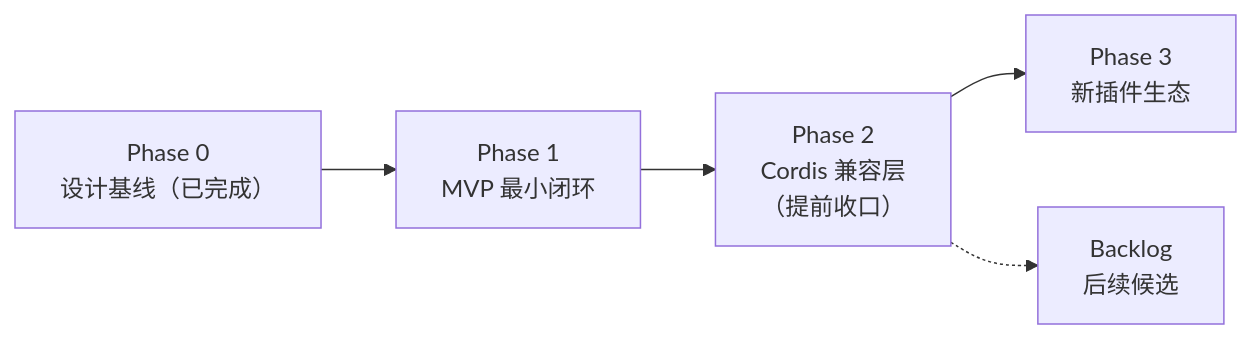
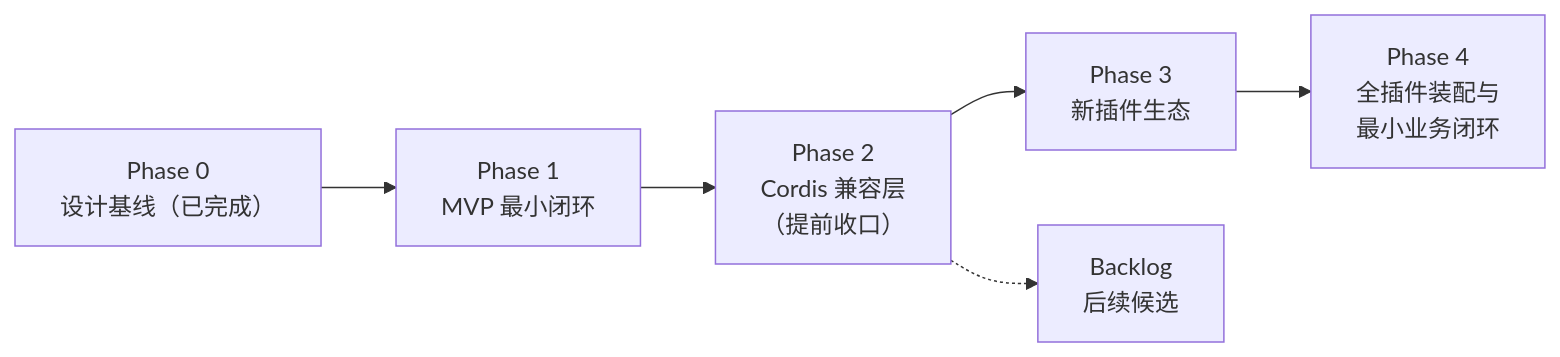
Before and after one commit to qingbird1983/keel: the diagram in docs/roadmap/00-roadmap.md, drawn with Mermaid. The commit also changed other lines of this file and 5 other files, not shown here.

Commit message:
docs(phase4): draft charter - profile assembly + model/engine kinds (headless loop), D1~D7 acceptance, K1~K6 pending; sink DSH data-flow survey into research/01

````diff
--- a/docs/roadmap/00-roadmap.md
+++ b/docs/roadmap/00-roadmap.md
@@ -15,7 +15,8 @@
 ```mermaid
 graph LR
     P0["Phase 0<br/>设计基线（已完成）"] --> P1["Phase 1<br/>MVP 最小闭环"]
     P1 --> P2["Phase 2<br/>Cordis 兼容层<br/>（提前收口）"]
     P2 --> P3["Phase 3<br/>新插件生态"]
+    P3 --> P4["Phase 4<br/>全插件装配与<br/>最小业务闭环"]
     P2 -.-> B["Backlog<br/>后续候选"]
 ```
````
